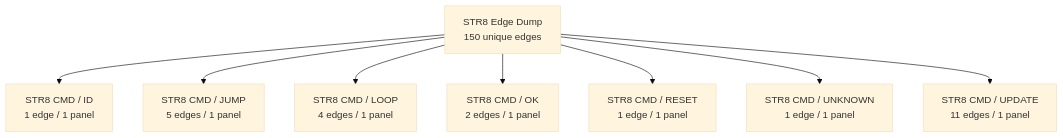
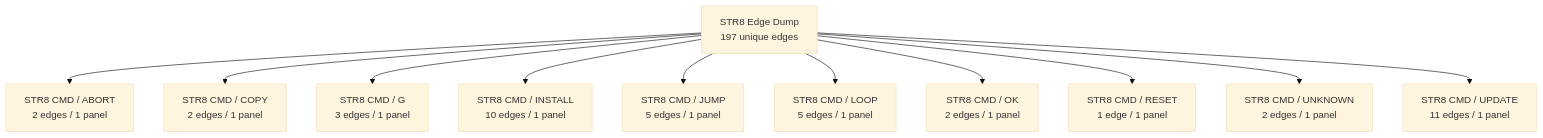
The third of 41 diagrams in DOC/GUIDES/STR8/STR8_EDGE_DUMP.md (95westus/R-YORS), drawn with Mermaid (base theme) before and after one commit. The commit also changed other lines of this file and 40 other files, not shown here.

````diff
--- a/DOC/GUIDES/STR8/STR8_EDGE_DUMP.md
+++ b/DOC/GUIDES/STR8/STR8_EDGE_DUMP.md
@@ -62,10 +62,13 @@
 ```mermaid
 flowchart TD
-    EDGE_ATLAS_ROOT_2["STR8 Edge Dump<br/>150 unique edges"] --> EDGE_FAMILY_2_0["STR8 CMD / ID<br/>1 edge / 1 panel"]
-    EDGE_ATLAS_ROOT_2["STR8 Edge Dump<br/>150 unique edges"] --> EDGE_FAMILY_2_1["STR8 CMD / JUMP<br/>5 edges / 1 panel"]
-    EDGE_ATLAS_ROOT_2["STR8 Edge Dump<br/>150 unique edges"] --> EDGE_FAMILY_2_2["STR8 CMD / LOOP<br/>4 edges / 1 panel"]
-    EDGE_ATLAS_ROOT_2["STR8 Edge Dump<br/>150 unique edges"] --> EDGE_FAMILY_2_3["STR8 CMD / OK<br/>2 edges / 1 panel"]
-    EDGE_ATLAS_ROOT_2["STR8 Edge Dump<br/>150 unique edges"] --> EDGE_FAMILY_2_4["STR8 CMD / RESET<br/>1 edge / 1 panel"]
-    EDGE_ATLAS_ROOT_2["STR8 Edge Dump<br/>150 unique edges"] --> EDGE_FAMILY_2_5["STR8 CMD / UNKNOWN<br/>1 edge / 1 panel"]
-    EDGE_ATLAS_ROOT_2["STR8 Edge Dump<br/>150 unique edges"] --> EDGE_FAMILY_2_6["STR8 CMD / UPDATE<br/>11 edges / 1 panel"]
+    EDGE_ATLAS_ROOT_2["STR8 Edge Dump<br/>197 unique edges"] --> EDGE_FAMILY_2_0["STR8 CMD / ABORT<br/>2 edges / 1 panel"]
+    EDGE_ATLAS_ROOT_2["STR8 Edge Dump<br/>197 unique edges"] --> EDGE_FAMILY_2_1["STR8 CMD / COPY<br/>2 edges / 1 panel"]
+    EDGE_ATLAS_ROOT_2["STR8 Edge Dump<br/>197 unique edges"] --> EDGE_FAMILY_2_2["STR8 CMD / G<br/>3 edges / 1 panel"]
+    EDGE_ATLAS_ROOT_2["STR8 Edge Dump<br/>197 unique edges"] --> EDGE_FAMILY_2_3["STR8 CMD / INSTALL<br/>10 edges / 1 panel"]
+    EDGE_ATLAS_ROOT_2["STR8 Edge Dump<br/>197 unique edges"] --> EDGE_FAMILY_2_4["STR8 CMD / JUMP<br/>5 edges / 1 panel"]
+    EDGE_ATLAS_ROOT_2["STR8 Edge Dump<br/>197 unique edges"] --> EDGE_FAMILY_2_5["STR8 CMD / LOOP<br/>5 edges / 1 panel"]
+    EDGE_ATLAS_ROOT_2["STR8 Edge Dump<br/>197 unique edges"] --> EDGE_FAMILY_2_6["STR8 CMD / OK<br/>2 edges / 1 panel"]
+    EDGE_ATLAS_ROOT_2["STR8 Edge Dump<br/>197 unique edges"] --> EDGE_FAMILY_2_7["STR8 CMD / RESET<br/>1 edge / 1 panel"]
+    EDGE_ATLAS_ROOT_2["STR8 Edge Dump<br/>197 unique edges"] --> EDGE_FAMILY_2_8["STR8 CMD / UNKNOWN<br/>2 edges / 1 panel"]
+    EDGE_ATLAS_ROOT_2["STR8 Edge Dump<br/>197 unique edges"] --> EDGE_FAMILY_2_9["STR8 CMD / UPDATE<br/>11 edges / 1 panel"]
 ```
````
